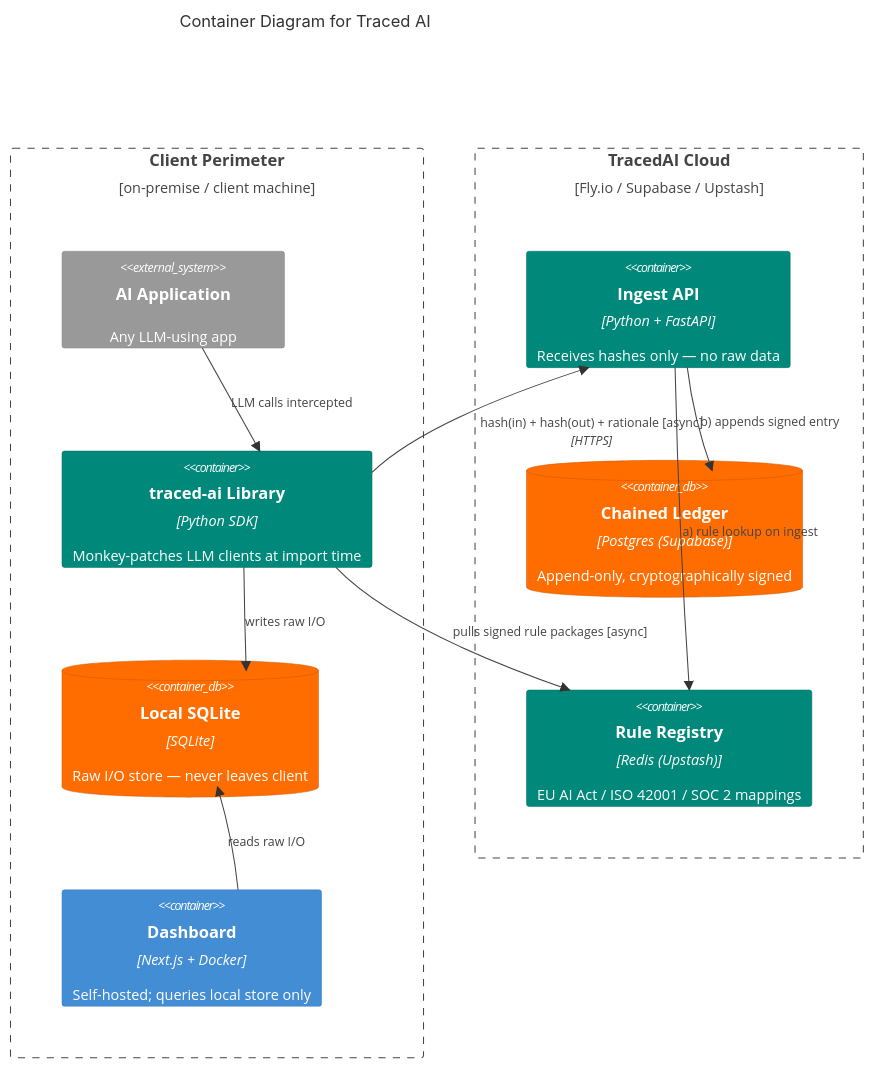
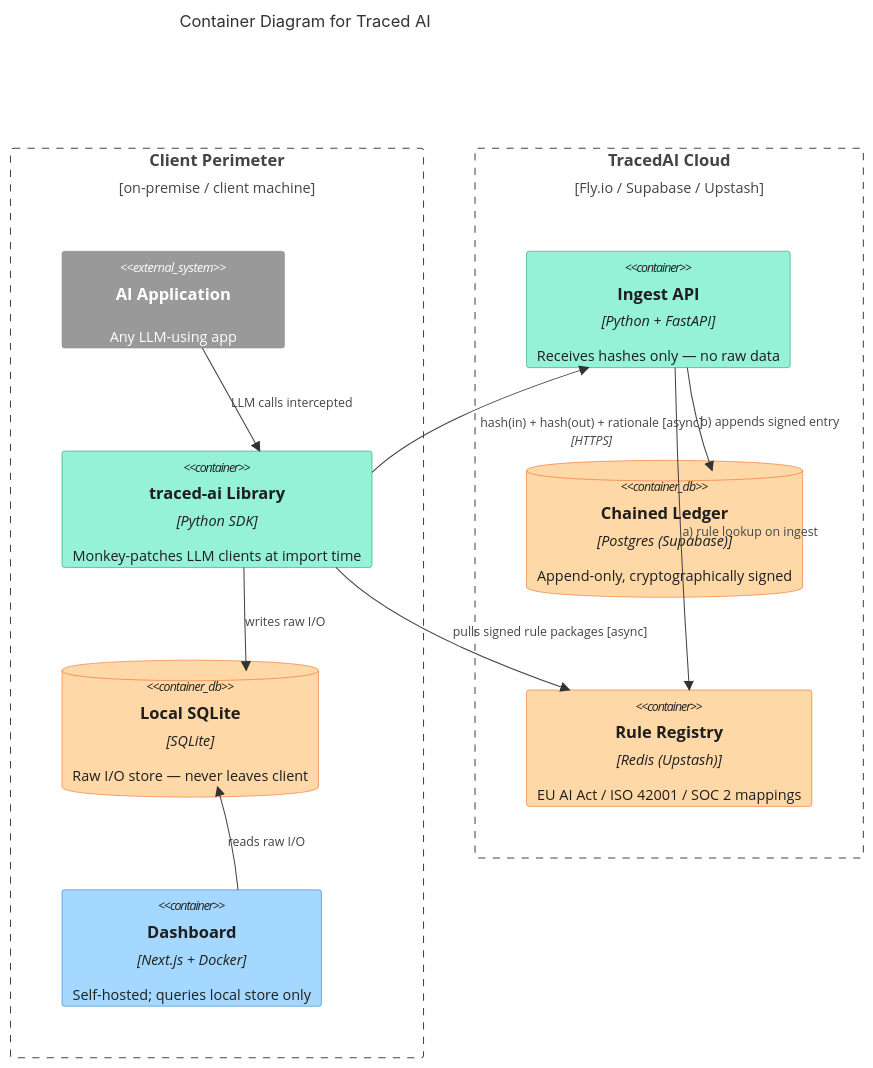
Before and after one commit to cmin764/portfolio: the diagram in src/diagrams/traced-ai.md, drawn with Mermaid. The commit also changed 7 other files, not shown here.

Commit message:
Post Traced AI diagram skill improvement

````diff
--- a/src/diagrams/traced-ai.md
+++ b/src/diagrams/traced-ai.md
@@ -10,34 +10,34 @@
 ```mermaid
 C4Container
   title Container Diagram for Traced AI
 
   Boundary(client, "Client Perimeter", "on-premise / client machine") {
     System_Ext(aiapp, "AI Application", "Any LLM-using app")
     Container(lib, "traced-ai Library", "Python SDK", "Monkey-patches LLM clients at import time")
     ContainerDb(sqlite, "Local SQLite", "SQLite", "Raw I/O store — never leaves client")
     Container(dash, "Dashboard", "Next.js + Docker", "Self-hosted; queries local store only")
   }
 
   Boundary(cloud, "TracedAI Cloud", "Fly.io / Supabase / Upstash") {
     Container(ingest, "Ingest API", "Python + FastAPI", "Receives hashes only — no raw data")
     ContainerDb(ledger, "Chained Ledger", "Postgres (Supabase)", "Append-only, cryptographically signed")
     Container(rules, "Rule Registry", "Redis (Upstash)", "EU AI Act / ISO 42001 / SOC 2 mappings")
   }
 
   Rel(aiapp, lib, "LLM calls intercepted")
   Rel(lib, sqlite, "writes raw I/O")
   Rel(lib, ingest, "hash(in) + hash(out) + rationale [async]", "HTTPS")
   Rel(ingest, rules, "a) rule lookup on ingest")
   Rel(ingest, ledger, "b) appends signed entry")
   Rel(lib, rules, "pulls signed rule packages [async]")
   Rel(dash, sqlite, "reads raw I/O")
 
   UpdateLayoutConfig($c4ShapeInRow="4", $c4BoundaryInRow="2")
 
-  UpdateElementStyle(lib, $fontColor="#FFFFFF", $bgColor="#00897B", $borderColor="#006B5E")
-  UpdateElementStyle(dash, $fontColor="#FFFFFF", $bgColor="#438DD5", $borderColor="#3C7FC0")
-  UpdateElementStyle(sqlite, $fontColor="#FFFFFF", $bgColor="#FF6D00", $borderColor="#CC5700")
-  UpdateElementStyle(ingest, $fontColor="#FFFFFF", $bgColor="#00897B", $borderColor="#006B5E")
-  UpdateElementStyle(ledger, $fontColor="#FFFFFF", $bgColor="#FF6D00", $borderColor="#CC5700")
-  UpdateElementStyle(rules, $fontColor="#FFFFFF", $bgColor="#00897B", $borderColor="#006B5E")
+  UpdateElementStyle(lib, $fontColor="#1e1e1e", $bgColor="#96f2d7", $borderColor="#099268")
+  UpdateElementStyle(dash, $fontColor="#1e1e1e", $bgColor="#a5d8ff", $borderColor="#1971c2")
+  UpdateElementStyle(sqlite, $fontColor="#1e1e1e", $bgColor="#ffd8a8", $borderColor="#e8590c")
+  UpdateElementStyle(ingest, $fontColor="#1e1e1e", $bgColor="#96f2d7", $borderColor="#099268")
+  UpdateElementStyle(ledger, $fontColor="#1e1e1e", $bgColor="#ffd8a8", $borderColor="#e8590c")
+  UpdateElementStyle(rules, $fontColor="#1e1e1e", $bgColor="#ffd8a8", $borderColor="#e8590c")
 ```
````
